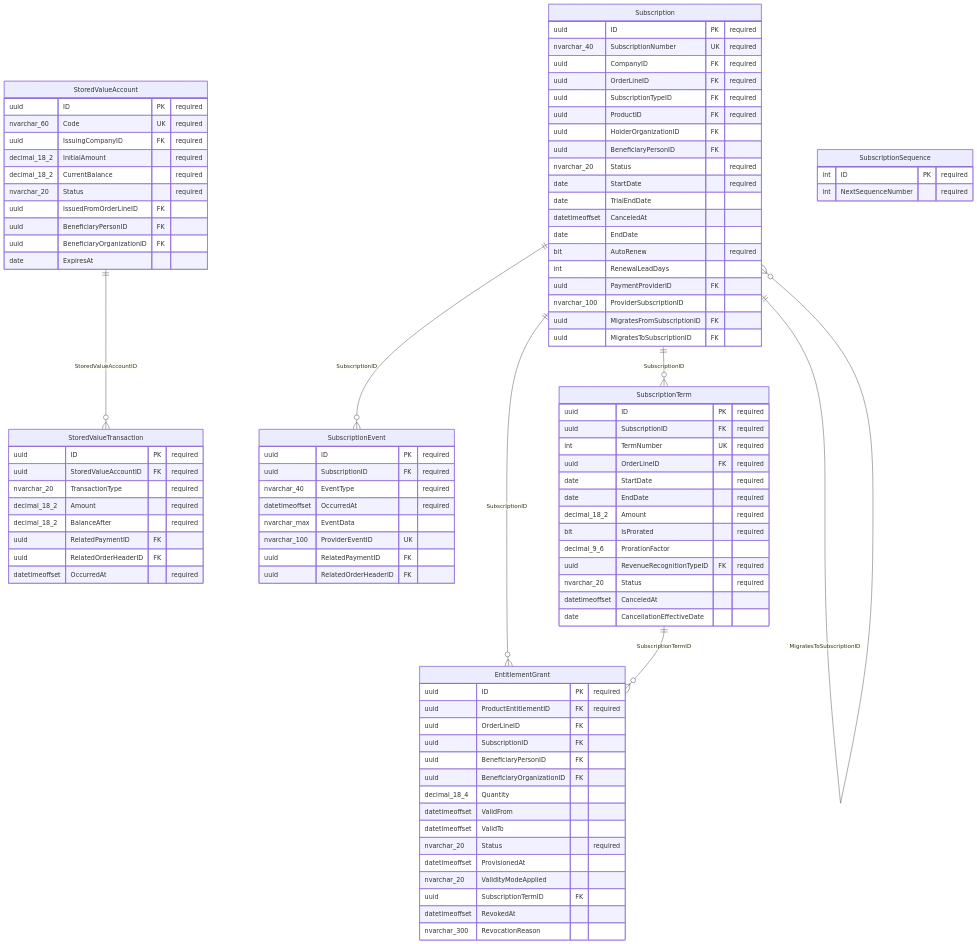
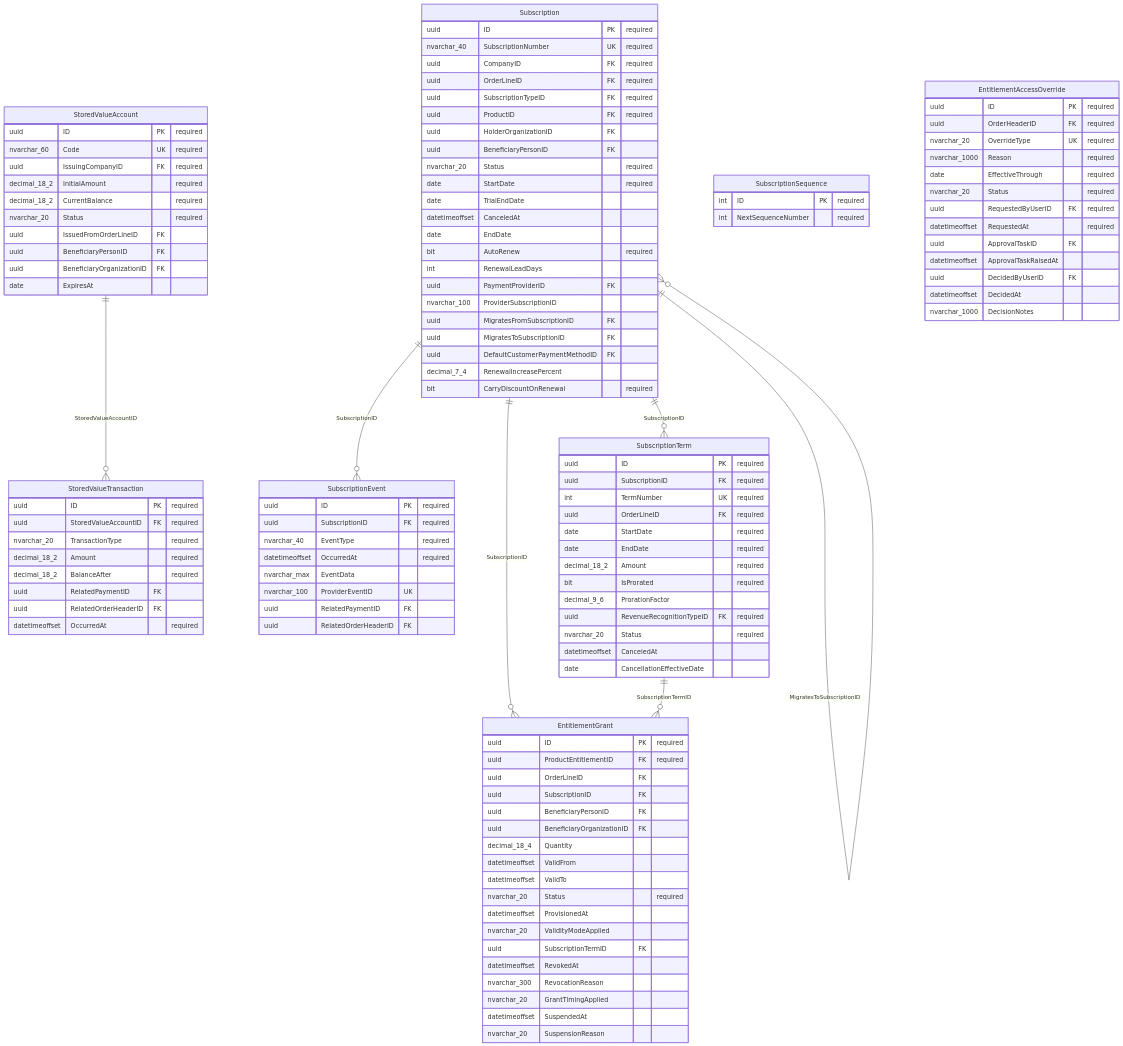
The sixth of 12 diagrams in docs/ERD.md (MemberJunction/bizapps-orders), drawn with Mermaid before and after one commit. The commit also changed other lines of this file and 41 other files, not shown here.

```diff
--- a/docs/ERD.md
+++ b/docs/ERD.md
@@ -710,6 +946,9 @@
         nvarchar_100 ProviderSubscriptionID
         uuid MigratesFromSubscriptionID FK
         uuid MigratesToSubscriptionID FK
+        uuid DefaultCustomerPaymentMethodID FK
+        decimal_7_4 RenewalIncreasePercent
+        bit CarryDiscountOnRenewal "required"
     }
     SubscriptionTerm {
         uuid ID PK "required"
@@ -756,6 +995,24 @@
         uuid SubscriptionTermID FK
         datetimeoffset RevokedAt
         nvarchar_300 RevocationReason
+        nvarchar_20 GrantTimingApplied
+        datetimeoffset SuspendedAt
+        nvarchar_20 SuspensionReason
+    }
+    EntitlementAccessOverride {
+        uuid ID PK "required"
+        uuid OrderHeaderID FK "required"
+        nvarchar_20 OverrideType UK "required"
+        nvarchar_1000 Reason "required"
+        date EffectiveThrough "required"
+        nvarchar_20 Status "required"
+        uuid RequestedByUserID FK "required"
+        datetimeoffset RequestedAt "required"
+        uuid ApprovalTaskID FK
+        datetimeoffset ApprovalTaskRaisedAt
+        uuid DecidedByUserID FK
+        datetimeoffset DecidedAt
+        nvarchar_1000 DecisionNotes
     }
     StoredValueAccount {
         uuid ID PK "required"
```
